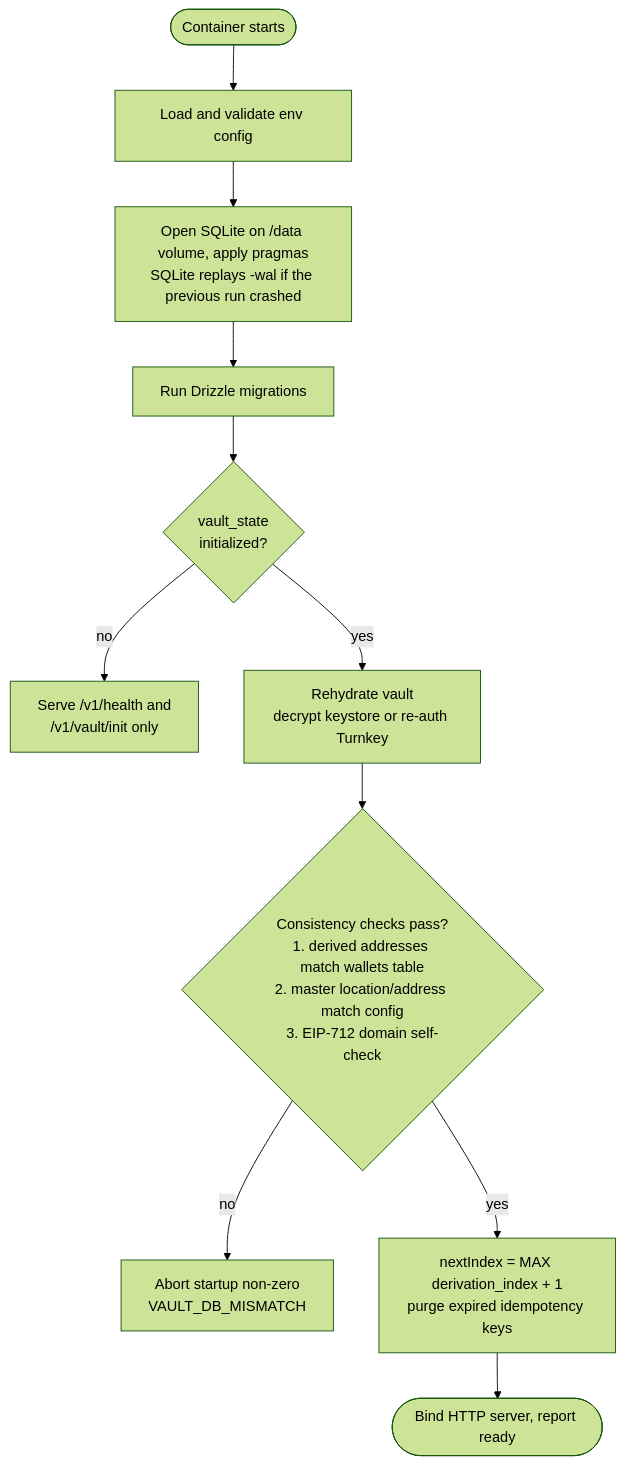
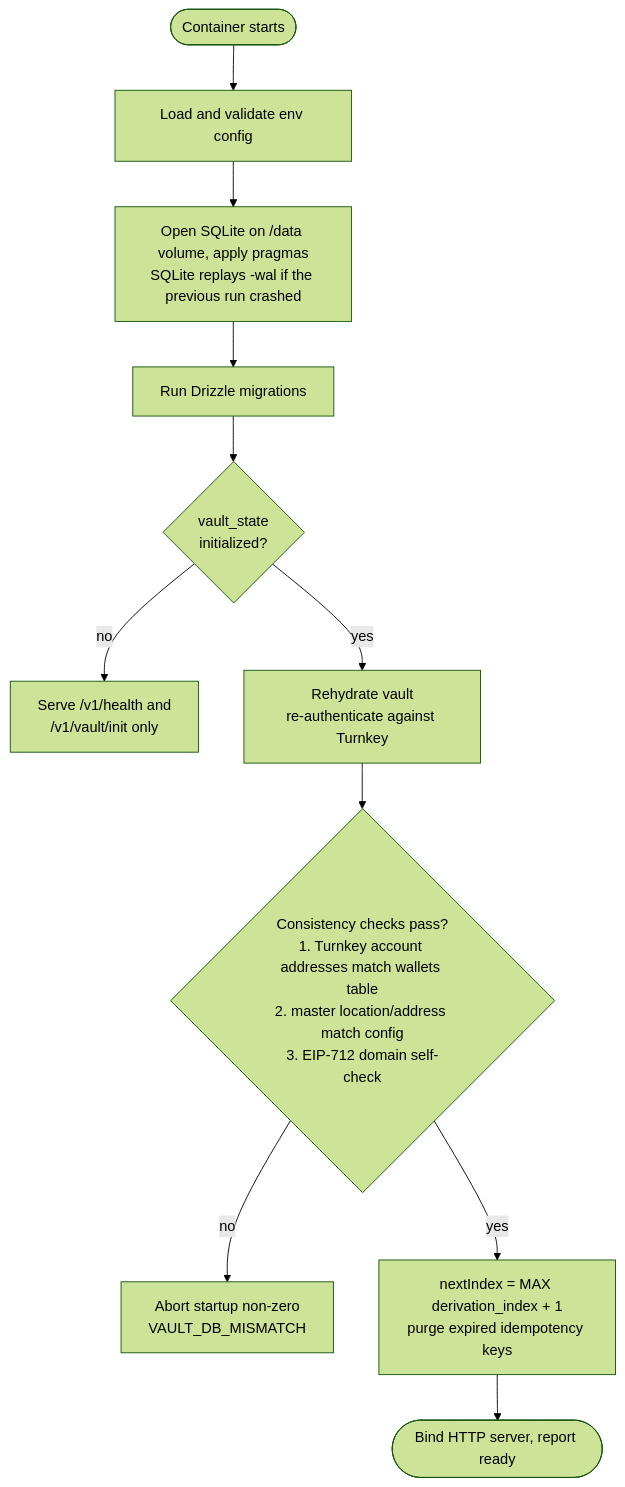
The diagram in docs/images/05-cold-start-recovery.mmd (In-a-bit/dpm-wallet), drawn with Mermaid (forest theme) before and after one commit. The commit also changed 6 other files, not shown here.

```diff
--- a/docs/images/05-cold-start-recovery.mmd
+++ b/docs/images/05-cold-start-recovery.mmd
@@ -1,13 +1,13 @@
 flowchart TB
   start([Container starts]) --> cfg[Load and validate env config]
   cfg --> open[Open SQLite on /data volume, apply pragmas<br/>SQLite replays -wal if the previous run crashed]
   open --> mig[Run Drizzle migrations]
   mig --> state{vault_state<br/>initialized?}
 
   state -->|no| waitInit[Serve /v1/health and<br/>/v1/vault/init only]
-  state -->|yes| hydrate[Rehydrate vault<br/>decrypt keystore or re-auth Turnkey]
+  state -->|yes| hydrate[Rehydrate vault<br/>re-authenticate against Turnkey]
 
-  hydrate --> checks{"Consistency checks pass?<br/>1. derived addresses match wallets table<br/>2. master location/address match config<br/>3. EIP-712 domain self-check"}
+  hydrate --> checks{"Consistency checks pass?<br/>1. Turnkey account addresses match wallets table<br/>2. master location/address match config<br/>3. EIP-712 domain self-check"}
   checks -->|no| fail[Abort startup non-zero<br/>VAULT_DB_MISMATCH]
   checks -->|yes| idx[nextIndex = MAX derivation_index + 1<br/>purge expired idempotency keys]
   idx --> bind([Bind HTTP server, report ready])
```
